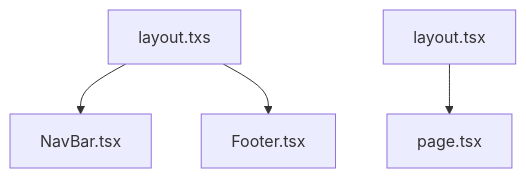
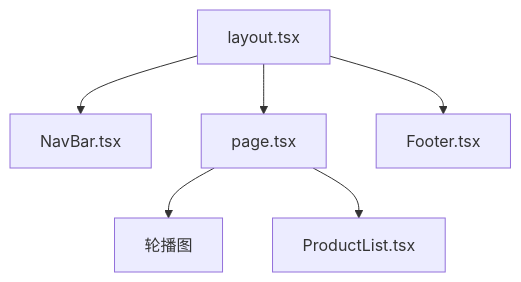
The diagram in source/_posts/Blender网站源码/流程图.md (wealipay/blog), drawn with Mermaid before and after one commit.

```diff
--- a/source/_posts/Blender网站源码/流程图.md
+++ b/source/_posts/Blender网站源码/流程图.md
@@ -9,6 +9,8 @@
 {% mermaid %}
 graph TD;
-layout.txs-->NavBar.tsx;
+layout.tsx-->NavBar.tsx;
 layout.tsx-->page.tsx;
-layout.txs-->Footer.tsx;
+layout.tsx-->Footer.tsx;
+page.tsx-->轮播图;
+page.tsx-->ProductList.tsx;
 {% endmermaid %}
```
